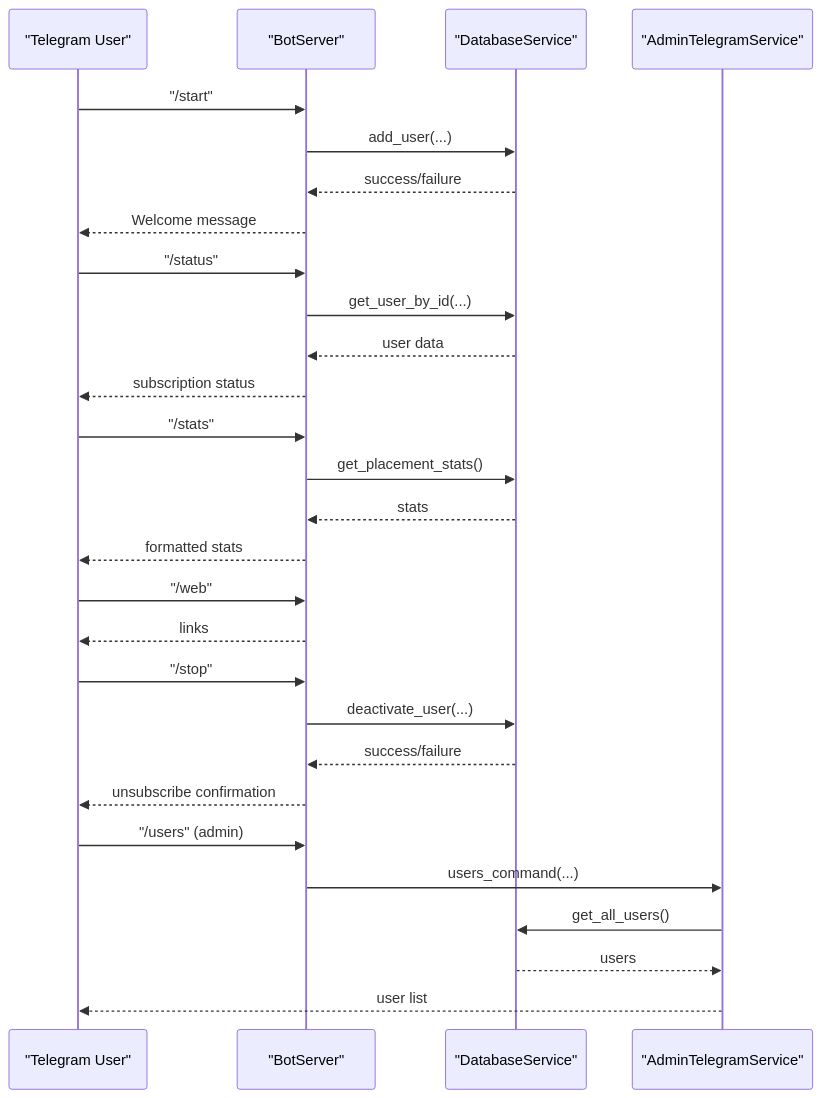
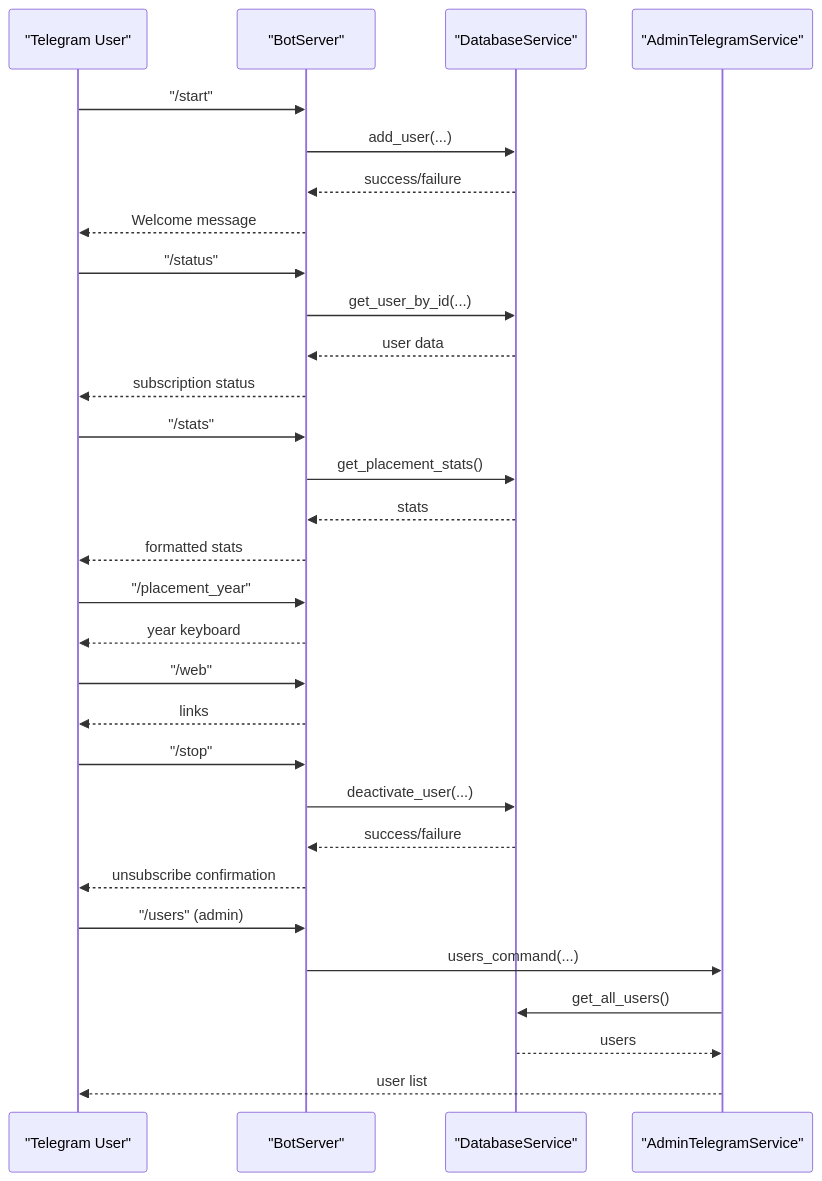
The second of 18 diagrams in src/data/docs/jiit-placement-alerts/Architecture & Design/API Architecture & Endpoints/Telegram Bot API.md (tashifkhan/tashif.codes), drawn with Mermaid before and after one commit. The commit also changed other lines of this file and 2128 other files, not shown here.

First line of the commit message:
docs: replace raster diagram images with native Mermaid across project guides

````diff
--- a/src/data/docs/jiit-placement-alerts/Architecture & Design/API Architecture & Endpoints/Telegram Bot API.md
+++ b/src/data/docs/jiit-placement-alerts/Architecture & Design/API Architecture & Endpoints/Telegram Bot API.md
@@ -65,30 +65,32 @@
 ```mermaid
 sequenceDiagram
 participant User as "Telegram User"
 participant Bot as "BotServer"
 participant DB as "DatabaseService"
 participant Admin as "AdminTelegramService"
 User->>Bot : "/start"
 Bot->>DB : add_user(...)
 DB-->>Bot : success/failure
 Bot-->>User : Welcome message
 User->>Bot : "/status"
 Bot->>DB : get_user_by_id(...)
 DB-->>Bot : user data
 Bot-->>User : subscription status
 User->>Bot : "/stats"
 Bot->>DB : get_placement_stats()
 DB-->>Bot : stats
 Bot-->>User : formatted stats
+User->>Bot : "/placement_year"
+Bot-->>User : year keyboard
 User->>Bot : "/web"
 Bot-->>User : links
 User->>Bot : "/stop"
 Bot->>DB : deactivate_user(...)
 DB-->>Bot : success/failure
 Bot-->>User : unsubscribe confirmation
 User->>Bot : "/users" (admin)
 Bot->>Admin : users_command(...)
 Admin->>DB : get_all_users()
 DB-->>Admin : users
 Admin-->>User : user list
 ```
````
